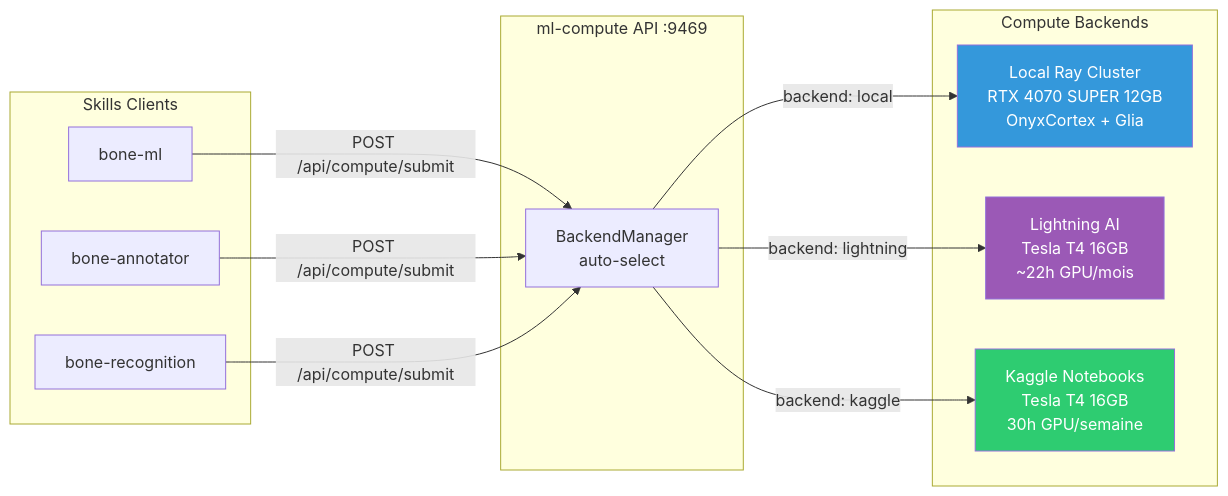
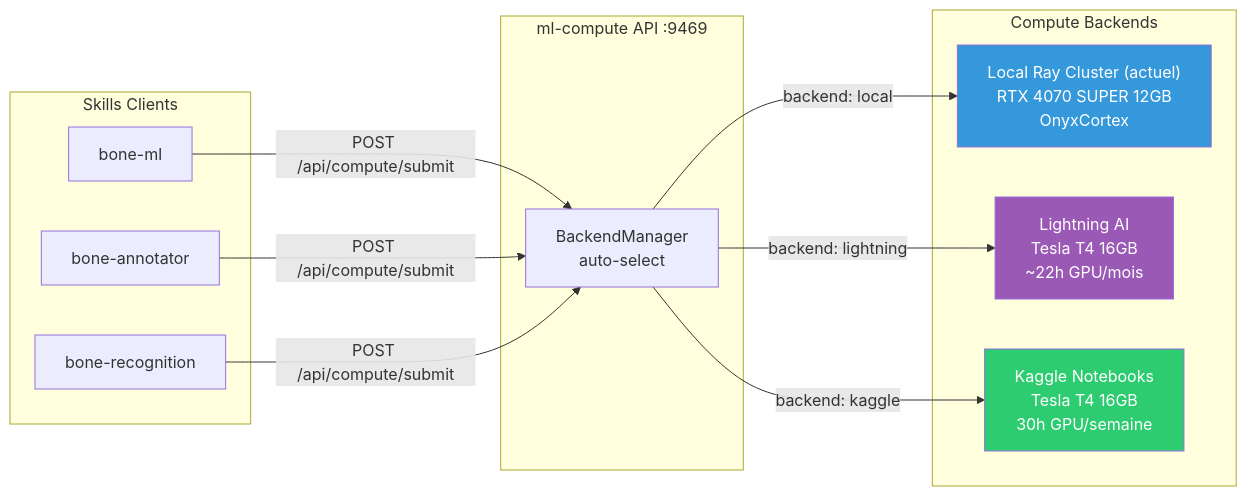
The first of 7 diagrams in DIAGRAM.md (VersoVet/ml-compute), drawn with Mermaid before and after one commit. The commit also changed other lines of this file and 56 other files, not shown here.

````diff
--- a/DIAGRAM.md
+++ b/DIAGRAM.md
@@ -5,30 +5,30 @@
 ```mermaid
 graph LR
     subgraph Clients["Skills Clients"]
         BoneML["bone-ml"]
         BoneAnn["bone-annotator"]
         BoneRec["bone-recognition"]
     end
 
     subgraph mlcompute["ml-compute API :9469"]
         Router["BackendManager<br/>auto-select"]
     end
 
     subgraph Backends["Compute Backends"]
-        Local["Local Ray Cluster<br/>RTX 4070 SUPER 12GB<br/>OnyxCortex + Glia"]
+        Local["Local Ray Cluster (actuel)<br/>RTX 4070 SUPER 12GB<br/>OnyxCortex"]
         Lightning["Lightning AI<br/>Tesla T4 16GB<br/>~22h GPU/mois"]
         Kaggle["Kaggle Notebooks<br/>Tesla T4 16GB<br/>30h GPU/semaine"]
     end
 
     BoneML -->|POST /api/compute/submit| Router
     BoneAnn -->|POST /api/compute/submit| Router
     BoneRec -->|POST /api/compute/submit| Router
 
     Router -->|backend: local| Local
     Router -->|backend: lightning| Lightning
     Router -->|backend: kaggle| Kaggle
 
     style Local fill:#3498db,color:#fff
     style Lightning fill:#9b59b6,color:#fff
     style Kaggle fill:#2ecc71,color:#fff
 ```
````
